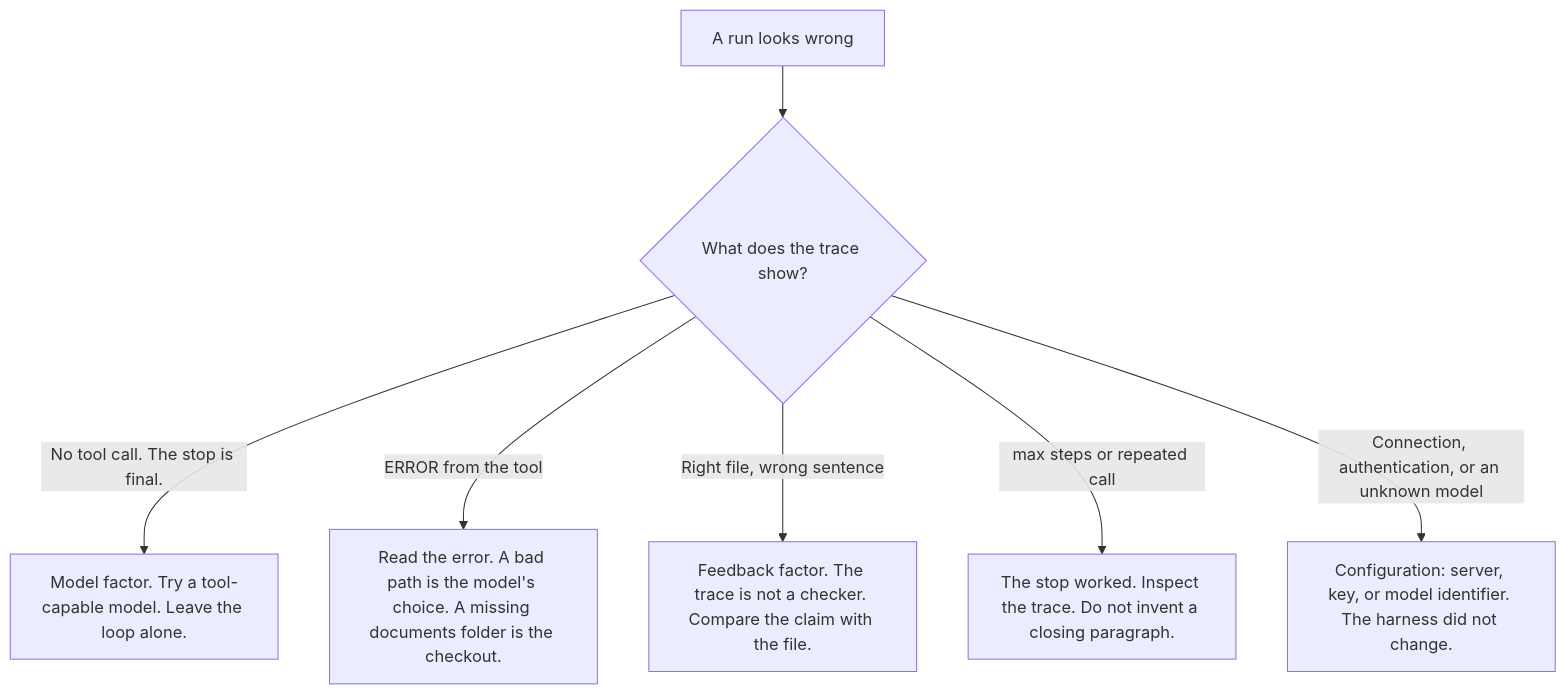
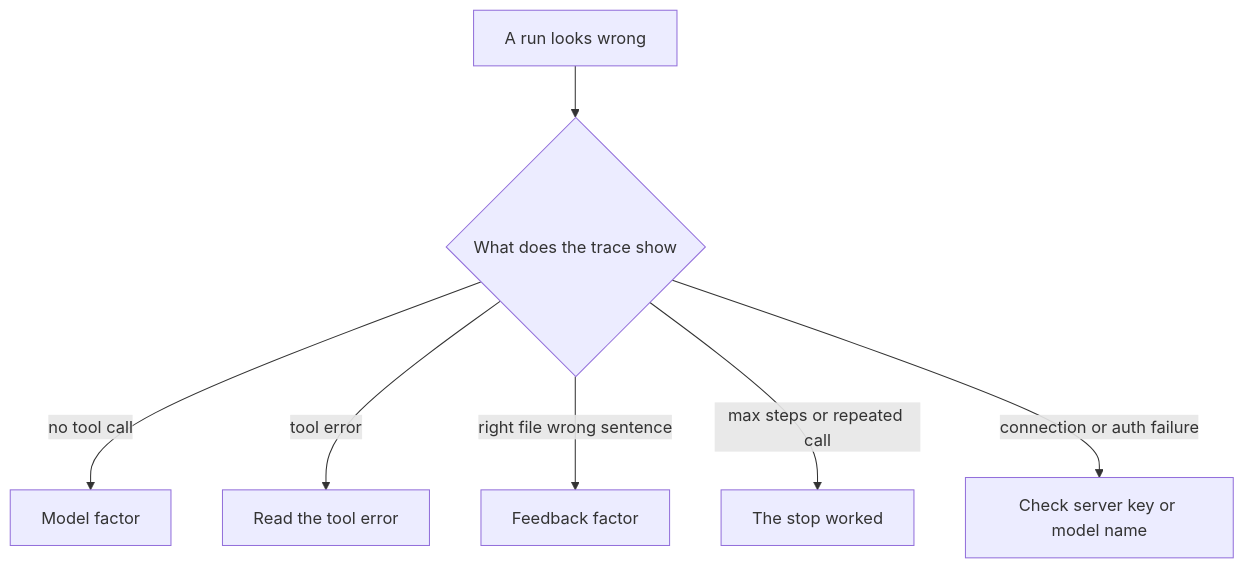
Before and after one commit to junlinghu/book-agents: the second of 2 diagrams in chapters/ch03-models-without-the-pain/README.md, drawn with Mermaid. The commit also changed other lines of this file, not shown here.

Commit message:
Fix Mermaid figures in Chapter 3 for GitHub rendering

````diff
--- a/chapters/ch03-models-without-the-pain/README.md
+++ b/chapters/ch03-models-without-the-pain/README.md
@@ -91,9 +97,16 @@
 ```mermaid
 flowchart TD
-  Miss["A run looks wrong"] --> Log{"What does the trace show?"}
-  Log -->|"No tool call. The stop is final."| Model["Model factor. Try a tool-capable model. Leave the loop alone."]
-  Log -->|"ERROR from the tool"| Read["Read the error. A bad path is the model's choice. A missing documents folder is the checkout."]
-  Log -->|"Right file, wrong sentence"| Feedback["Feedback factor. The trace is not a checker. Compare the claim with the file."]
-  Log -->|"max steps or repeated call"| Stop["The stop worked. Inspect the trace. Do not invent a closing paragraph."]
-  Log -->|"Connection, authentication, or an unknown model"| Config["Configuration: server, key, or model identifier. The harness did not change."]
+  Miss[A run looks wrong]
+  Log{What does the trace show}
+  Model[Model factor]
+  Read[Read the tool error]
+  Feedback[Feedback factor]
+  Stop[The stop worked]
+  Config[Check server key or model name]
+  Miss --> Log
+  Log -->|no tool call| Model
+  Log -->|tool error| Read
+  Log -->|right file wrong sentence| Feedback
+  Log -->|max steps or repeated call| Stop
+  Log -->|connection or auth failure| Config
 ```
````
